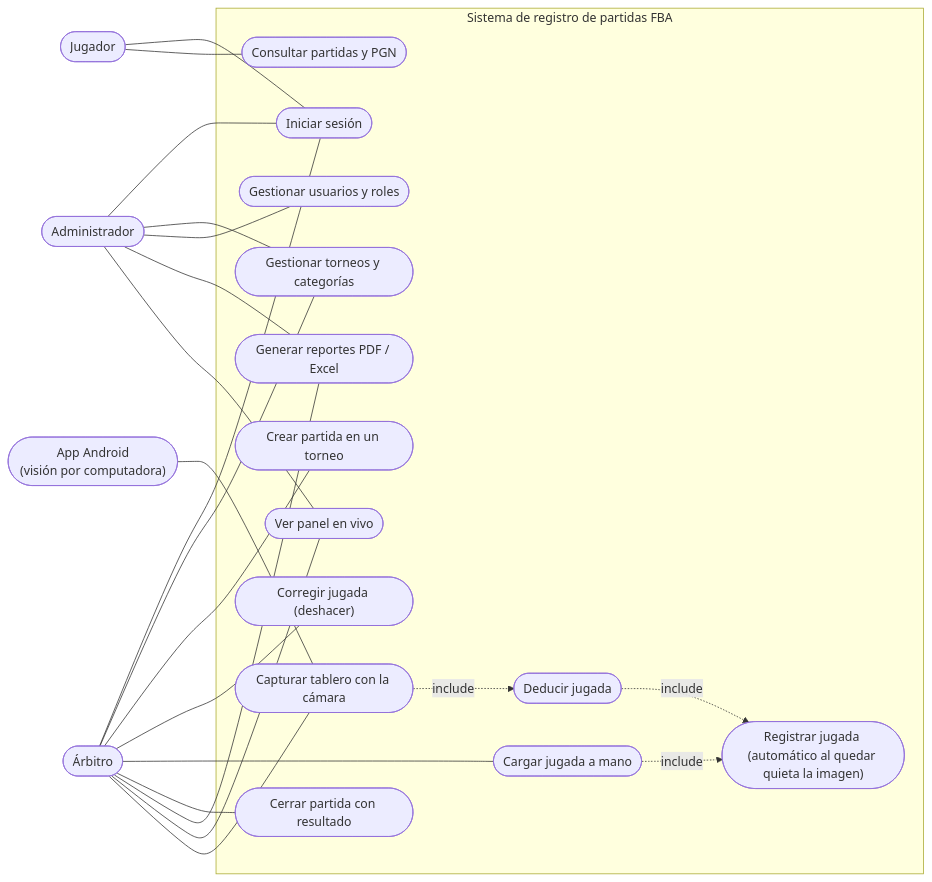
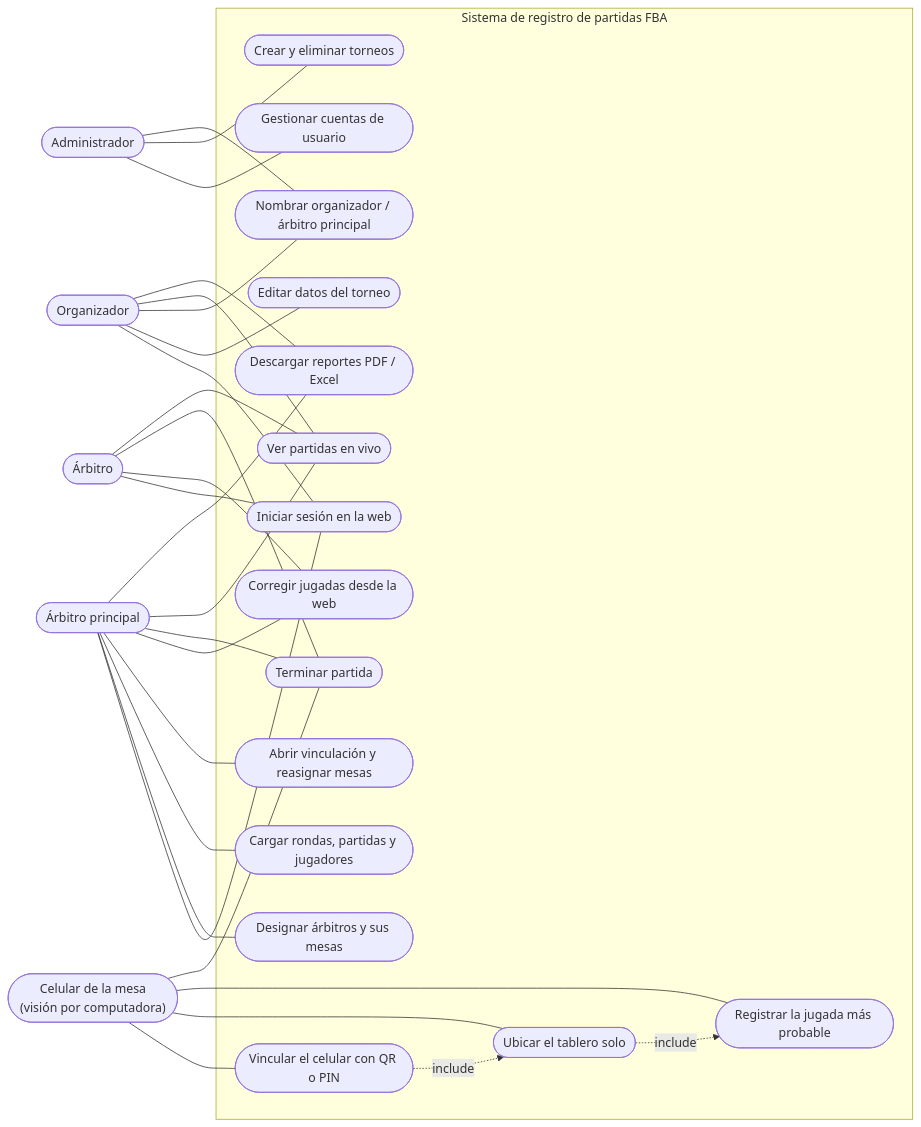
Before and after one commit to dj-t4b/ajedrez-vision-fba: the diagram in docs/casos-de-uso.md, drawn with Mermaid. The commit also changed other lines of this file and 15 other files, not shown here.

Commit message:
App: vinculación por QR o PIN sin login, código y mesa en pantalla, registra siempre la jugada más probable y «Terminar partida»; docs y UML al día

````diff
--- a/docs/casos-de-uso.md
+++ b/docs/casos-de-uso.md
@@ -5,32 +5,34 @@
 ```mermaid
 flowchart LR
     admin(["Administrador"])
-    arbitro(["Árbitro"])
-    jugador(["Jugador"])
-    camara(["App Android<br/>(visión por computadora)"])
+    org(["Organizador"])
+    ap(["Árbitro principal"])
+    arb(["Árbitro"])
+    cel(["Celular de la mesa<br/>(visión por computadora)"])
 
     subgraph sistema["Sistema de registro de partidas FBA"]
-        cu1(["Iniciar sesión"])
-        cu2(["Gestionar usuarios y roles"])
-        cu13(["Gestionar torneos y categorías"])
-        cu3(["Crear partida en un torneo"])
-        cu4(["Capturar tablero con la cámara"])
-        cu5(["Deducir jugada"])
-        cu6(["Registrar jugada (automático al quedar quieta la imagen)"])
-        cu7(["Corregir jugada (deshacer)"])
-        cu8(["Cargar jugada a mano"])
-        cu9(["Cerrar partida con resultado"])
-        cu10(["Consultar partidas y PGN"])
-        cu11(["Ver panel en vivo"])
-        cu12(["Generar reportes PDF / Excel"])
+        cu1(["Iniciar sesión en la web"])
+        cu2(["Gestionar cuentas de usuario"])
+        cu3(["Crear y eliminar torneos"])
+        cu4(["Editar datos del torneo"])
+        cu5(["Nombrar organizador / árbitro principal"])
+        cu6(["Designar árbitros y sus mesas"])
+        cu7(["Cargar rondas, partidas y jugadores"])
+        cu8(["Abrir vinculación y reasignar mesas"])
+        cu9(["Vincular el celular con QR o PIN"])
+        cu10(["Ubicar el tablero solo"])
+        cu11(["Registrar la jugada más probable"])
+        cu12(["Corregir jugadas desde la web"])
+        cu13(["Terminar partida"])
+        cu14(["Ver partidas en vivo"])
+        cu15(["Descargar reportes PDF / Excel"])
     end
 
-    admin --- cu1 & cu13 & cu2 & cu12 & cu11
-    arbitro --- cu1 & cu13 & cu3 & cu7 & cu8 & cu9 & cu12 & cu11
-    jugador --- cu1 & cu10
-    arbitro --- cu4
-    cu4 -. include .-> cu5
-    cu5 -. include .-> cu6
-    camara --- cu4
-    cu8 -. include .-> cu6
+    admin --- cu2 & cu3 & cu5
+    org --- cu1 & cu4 & cu5 & cu14 & cu15
+    ap --- cu1 & cu6 & cu7 & cu8 & cu12 & cu13 & cu14 & cu15
+    arb --- cu1 & cu12 & cu13 & cu14
+    cel --- cu9 & cu10 & cu11 & cu13
+    cu9 -. include .-> cu10
+    cu10 -. include .-> cu11
 ```
````
